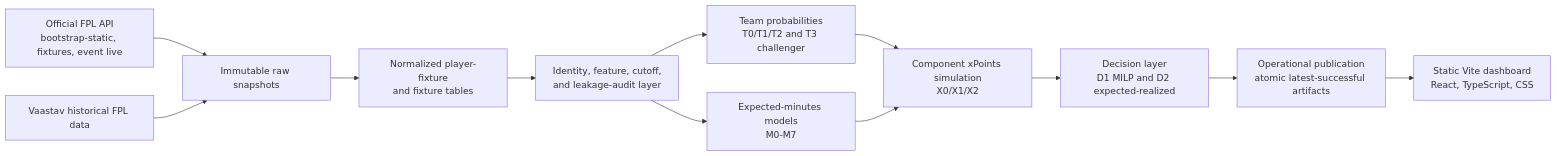
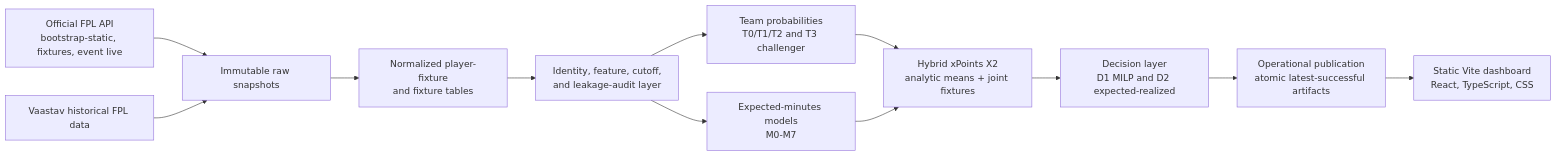
The diagram in README.md (daniel-mehta/fpl-forecast), drawn with Mermaid before and after one commit. The commit also changed other lines of this file and 1 other file, not shown here.

Commit message:
Update README and .gitignore for hybrid simulator

````diff
--- a/README.md
+++ b/README.md
@@ -64,14 +72,14 @@
 ```mermaid
 flowchart LR
   A["Official FPL API<br/>bootstrap-static, fixtures, event live"] --> B["Immutable raw snapshots"]
   C["Vaastav historical FPL data"] --> B
   B --> D["Normalized player-fixture<br/>and fixture tables"]
   D --> E["Identity, feature, cutoff,<br/>and leakage-audit layer"]
   E --> F["Team probabilities<br/>T0/T1/T2 and T3 challenger"]
   E --> G["Expected-minutes models<br/>M0-M7"]
-  F --> H["Component xPoints simulation<br/>X0/X1/X2"]
+  F --> H["Hybrid xPoints X2<br/>analytic means + joint fixtures"]
   G --> H
   H --> I["Decision layer<br/>D1 MILP and D2 expected-realized"]
   I --> J["Operational publication<br/>atomic latest-successful artifacts"]
   J --> K["Static Vite dashboard<br/>React, TypeScript, CSS"]
 ```
````
